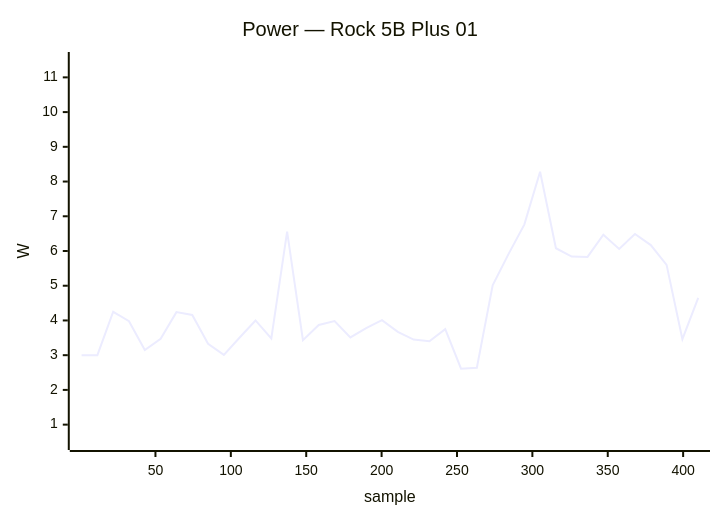
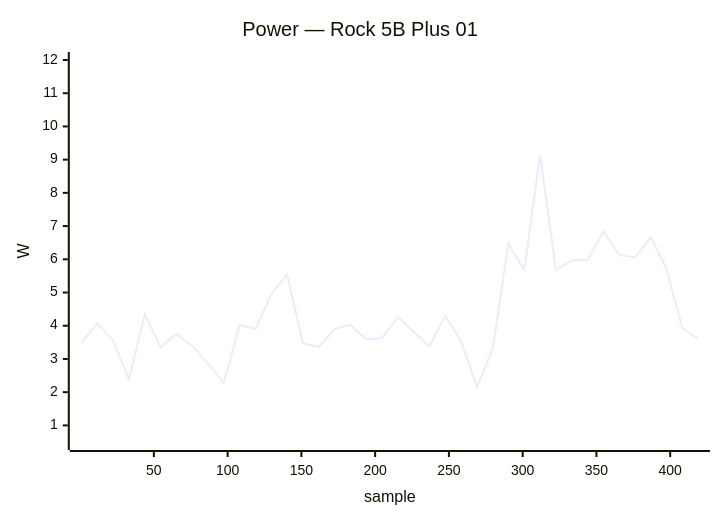
Diagram 20 of 24 in docs/status/board-tests.md (armbian/documentation), drawn with Mermaid before and after one commit. The commit also changed other lines of this file, not shown here.

````diff
--- a/docs/status/board-tests.md
+++ b/docs/status/board-tests.md
@@ -882,7 +1089,7 @@
     ```mermaid
     xychart-beta
         title "Power — Rock 5B Plus 01"
-        x-axis "sample" 1 --> 410
-        y-axis "W" 0.5 --> 11.5
-        line [3.00, 3.00, 4.25, 3.98, 3.15, 3.47, 4.24, 4.16, 3.33, 3.01, 3.51, 4.00, 3.48, 6.56, 3.43, 3.87, 3.98, 3.51, 3.78, 4.01, 3.67, 3.45, 3.40, 3.75, 2.61, 2.64, 5.01, 5.91, 6.76, 8.28, 6.08, 5.84, 5.83, 6.47, 6.06, 6.49, 6.17, 5.60, 3.46, 4.65]
+        x-axis "sample" 1 --> 419
+        y-axis "W" 0.5 --> 12.0
+        line [3.50, 4.07, 3.55, 2.38, 4.35, 3.35, 3.76, 3.40, 2.85, 2.28, 4.03, 3.90, 4.95, 5.54, 3.47, 3.36, 3.91, 4.03, 3.59, 3.62, 4.26, 3.82, 3.38, 4.30, 3.55, 2.15, 3.30, 6.47, 5.68, 9.14, 5.68, 5.97, 5.97, 6.84, 6.13, 6.06, 6.66, 5.71, 3.91, 3.61]
     ```
````
